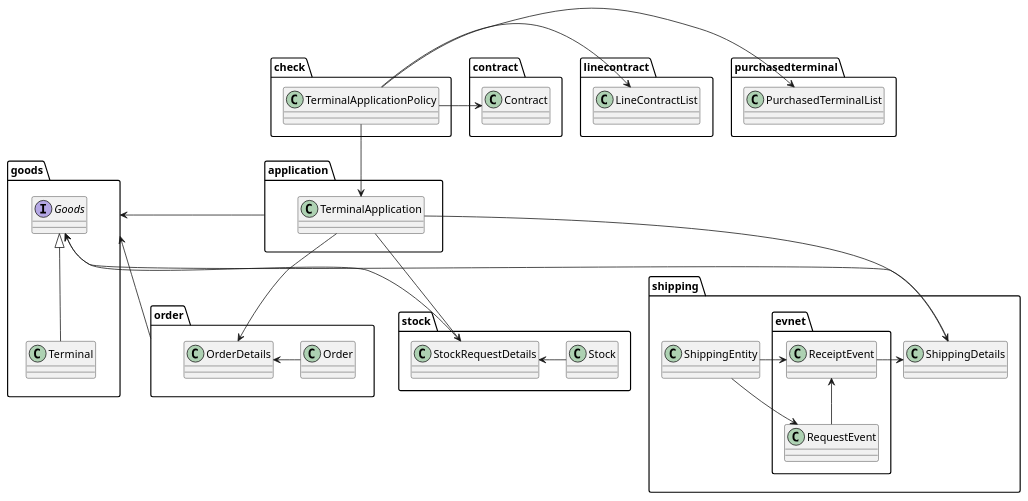
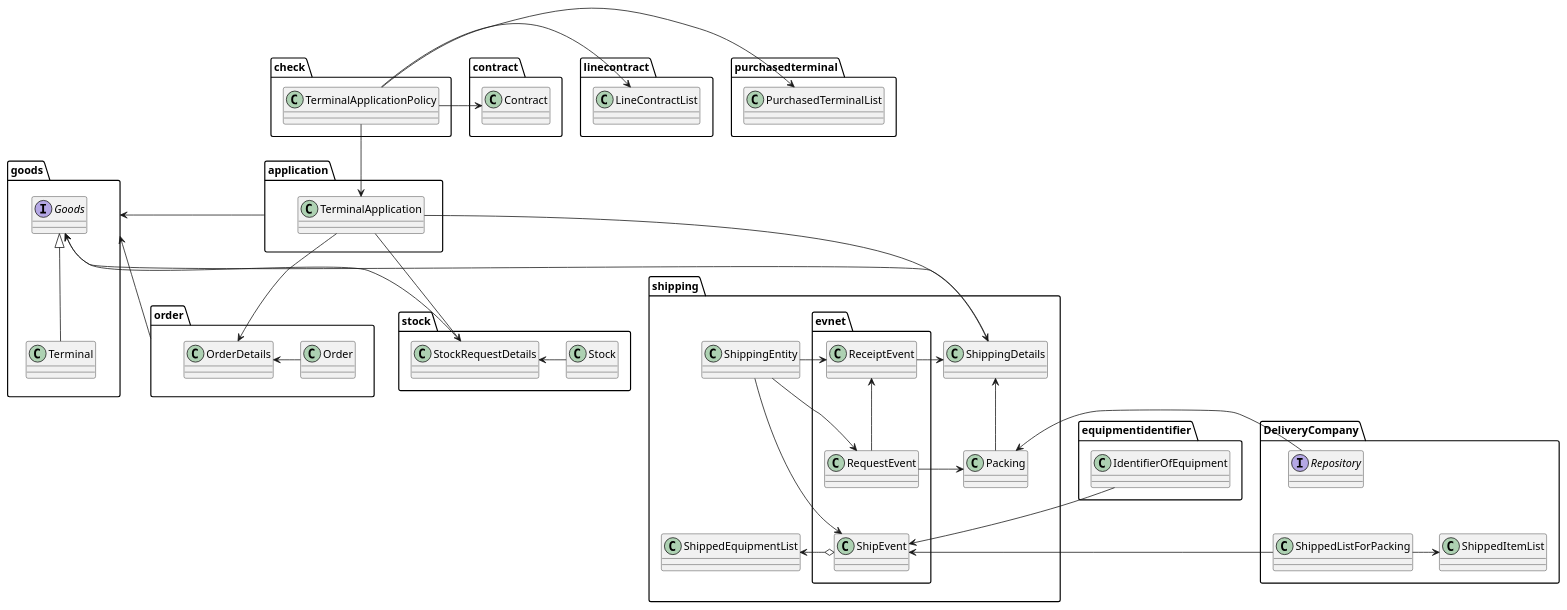
One commit to muractice/pra-model-terminal changed the diagram in document/terminal_application.puml. Above: the diagram before and after it, drawn with PlantUML. The commit also changed 33 other files, not shown here.

```diff
--- a/document/terminal_application.puml
+++ b/document/terminal_application.puml
@@ -1,61 +1,86 @@
 @startuml
 
 package application{
 class TerminalApplication
 }
 package order{
 class Order
 class OrderDetails
 
 TerminalApplication -> OrderDetails
 Order -l-> OrderDetails
 }
 package stock{
 class Stock
 class StockRequestDetails
 
 TerminalApplication -> StockRequestDetails
 Stock -l-> StockRequestDetails
 }
 
+
+package equipmentidentifier{
+    class IdentifierOfEquipment
+}
+
+
+package DeliveryCompany{
+class ShippedItemList
+class ShippedListForPacking
+Interface Repository
+
+ShippedListForPacking -> ShippedItemList
+ShippedListForPacking -[hidden]u-> Repository
+}
+
 package shipping{
     package evnet{
         class ReceiptEvent
         class RequestEvent
+        class ShipEvent
     }
 
 RequestEvent -u-> ReceiptEvent
 ReceiptEvent -l-> ShippingDetails
+RequestEvent -r-> Packing
+Packing -u-> ShippingDetails
 ShippingEntity -> ReceiptEvent
 ShippingEntity -> RequestEvent
+ShippingEntity -> ShipEvent
 TerminalApplication -> ShippingDetails
+ShipEvent o-> ShippedEquipmentList
+IdentifierOfEquipment --> ShipEvent
+ShippedListForPacking -l-> ShipEvent
+ShipEvent -[hidden]u- RequestEvent
+Repository -> Packing
+}
 
-}
 package goods{
 interface Goods
 class Terminal
 Goods <|-- Terminal
 
 StockRequestDetails -u-> Goods
 }
 package contract{}
 package linecontract{
 class LineContractList
 }
 package purchasedterminal{
 class PurchasedTerminalList
 }
 package check{
 class TerminalApplicationPolicy
 TerminalApplicationPolicy -d-> TerminalApplication
 }
 
+
 application -> goods
 TerminalApplicationPolicy -r-> contract.Contract
 TerminalApplicationPolicy -r-> LineContractList
 TerminalApplicationPolicy -r-> PurchasedTerminalList
 
 order -u-> goods
 ShippingDetails -u-> Goods
 
 @enduml
```
